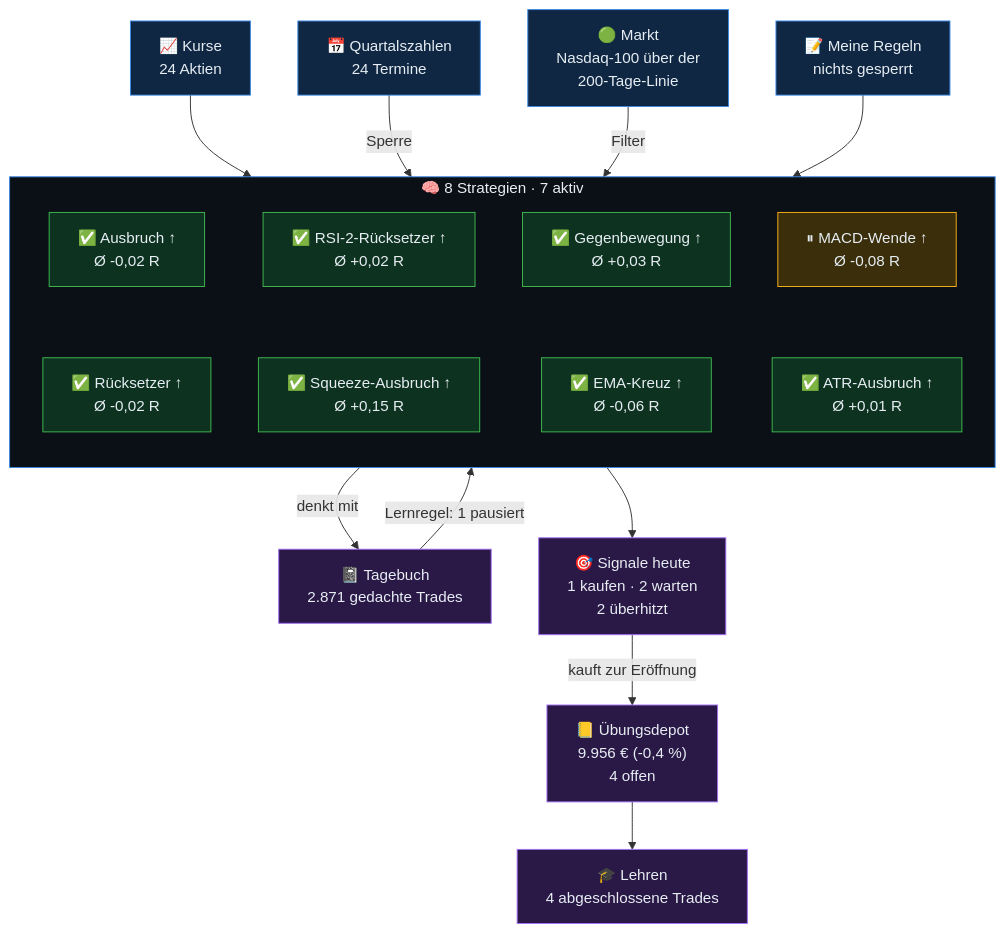
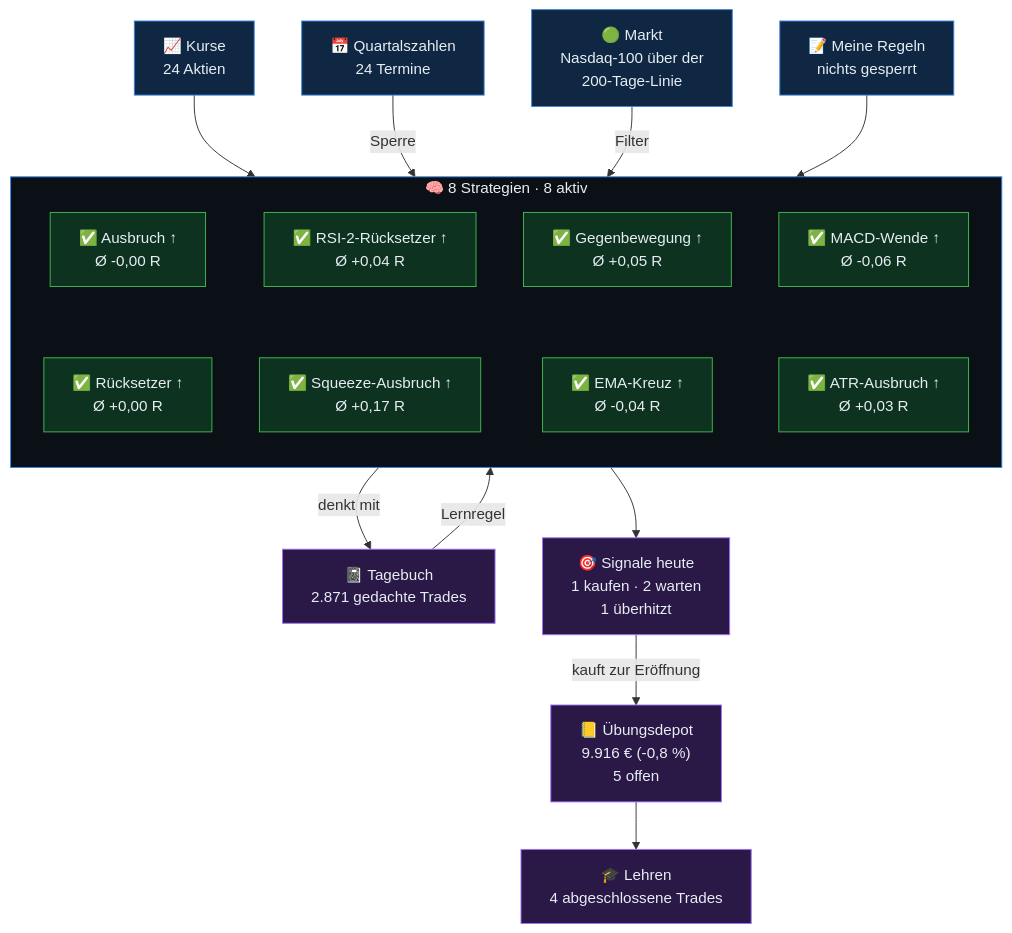
One commit to sickingmalte-arch/Test-Bot changed the diagram in gehirn/Start.md. Above: the diagram before and after it, drawn with Mermaid. The commit also changed other lines of this file and 40 other files, not shown here.

````diff
--- a/gehirn/Start.md
+++ b/gehirn/Start.md
@@ -9,47 +9,46 @@
 ```mermaid
 flowchart TB
   kurse["📈 Kurse<br/>24 Aktien"]
   termine["📅 Quartalszahlen<br/>24 Termine"]
   markt["🟢 Markt<br/>Nasdaq-100 über der<br/>200-Tage-Linie"]
   regeln["📝 Meine Regeln<br/>nichts gesperrt"]
-  subgraph KERN["🧠 8 Strategien · 7 aktiv"]
+  subgraph KERN["🧠 8 Strategien · 8 aktiv"]
     direction TB
-    s0["✅ Ausbruch ↑<br/>Ø -0,02 R"]
-    s1["✅ RSI-2-Rücksetzer ↑<br/>Ø +0,02 R"]
-    s2["✅ Gegenbewegung ↑<br/>Ø +0,03 R"]
-    s3["⏸ MACD-Wende ↑<br/>Ø -0,08 R"]
-    s4["✅ Rücksetzer ↑<br/>Ø -0,02 R"]
-    s5["✅ Squeeze-Ausbruch ↑<br/>Ø +0,15 R"]
-    s6["✅ EMA-Kreuz ↑<br/>Ø -0,06 R"]
-    s7["✅ ATR-Ausbruch ↑<br/>Ø +0,01 R"]
+    s0["✅ Ausbruch ↑<br/>Ø -0,00 R"]
+    s1["✅ RSI-2-Rücksetzer ↑<br/>Ø +0,04 R"]
+    s2["✅ Gegenbewegung ↑<br/>Ø +0,05 R"]
+    s3["✅ MACD-Wende ↑<br/>Ø -0,06 R"]
+    s4["✅ Rücksetzer ↑<br/>Ø +0,00 R"]
+    s5["✅ Squeeze-Ausbruch ↑<br/>Ø +0,17 R"]
+    s6["✅ EMA-Kreuz ↑<br/>Ø -0,04 R"]
+    s7["✅ ATR-Ausbruch ↑<br/>Ø +0,03 R"]
     s0 ~~~ s4
     s1 ~~~ s5
     s2 ~~~ s6
     s3 ~~~ s7
   end
   tb["📓 Tagebuch<br/>2.871 gedachte Trades"]
-  sig["🎯 Signale heute<br/>1 kaufen · 2 warten<br/>2 überhitzt"]
-  depot["📒 Übungsdepot<br/>9.956 € (-0,4 %)<br/>4 offen"]
+  sig["🎯 Signale heute<br/>1 kaufen · 2 warten<br/>1 überhitzt"]
+  depot["📒 Übungsdepot<br/>9.916 € (-0,8 %)<br/>5 offen"]
   lehren["🎓 Lehren<br/>4 abgeschlossene Trades"]
   kurse --> KERN
   termine -->|Sperre| KERN
   markt -->|Filter| KERN
   regeln --> KERN
   KERN -->|denkt mit| tb
-  tb -->|Lernregel: 1 pausiert| KERN
+  tb -->|Lernregel| KERN
   KERN --> sig
   sig -->|kauft zur Eröffnung| depot
   depot --> lehren
   classDef ein fill:#0f2742,stroke:#3987e5,color:#e6edf3
   classDef rot fill:#3d1414,stroke:#f47067,color:#e6edf3
   classDef aktiv fill:#0d3320,stroke:#3fb950,color:#e6edf3
   classDef pausiert fill:#3b2e0a,stroke:#fab219,color:#e6edf3
   classDef aus fill:#22272e,stroke:#6e7681,color:#9ba7b4
   classDef aus2 fill:#2a1846,stroke:#a371f7,color:#e6edf3
   class kurse,termine,regeln ein
   class markt ein
   class tb,sig,depot,lehren aus2
-  class s0,s1,s2,s4,s5,s6,s7 aktiv
-  class s3 pausiert
+  class s0,s1,s2,s3,s4,s5,s6,s7 aktiv
   style KERN fill:#0b1016,stroke:#3987e5,color:#e6edf3
 ```
````
